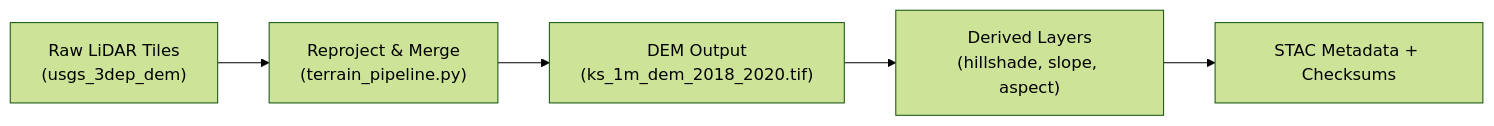
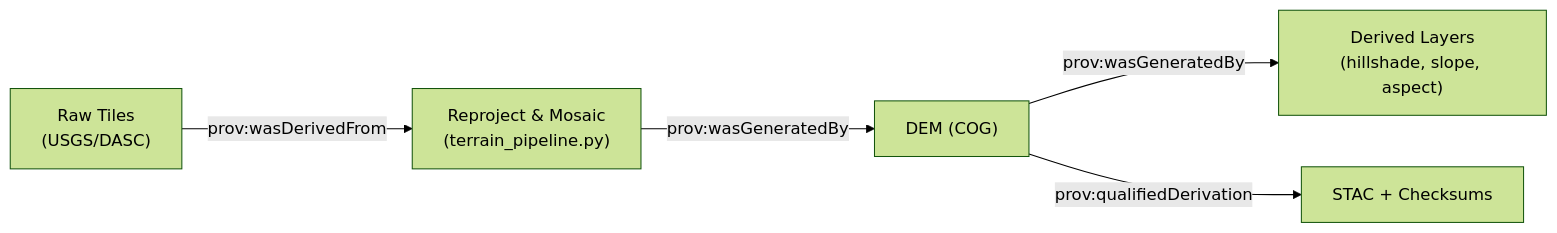
Before and after one commit to bartytime4life/Kansas-Frontier-Matrix: the diagram in docs/templates/provenance.md, drawn with Mermaid (forest theme). The commit also changed other lines of this file, not shown here.

`````diff
--- a/docs/templates/provenance.md
+++ b/docs/templates/provenance.md
@@ -103,7 +146,7 @@
 ```mermaid
 graph LR
-  A["Raw LiDAR Tiles\n(usgs_3dep_dem)"] --> B["Reproject & Merge\n(terrain_pipeline.py)"]
-  B --> C["DEM Output\n(ks_1m_dem_2018_2020.tif)"]
-  C --> D["Derived Layers\n(hillshade, slope, aspect)"]
-  D --> E["STAC Metadata + Checksums"]
-````
+  A["Raw Tiles<br/>(USGS/DASC)"] -->|prov:wasDerivedFrom| B["Reproject & Mosaic<br/>(terrain_pipeline.py)"]
+  B -->|prov:wasGeneratedBy| C["DEM (COG)"]
+  C -->|prov:wasGeneratedBy| D["Derived Layers<br/>(hillshade, slope, aspect)"]
+  C -->|prov:qualifiedDerivation| E["STAC + Checksums"]
+```
`````
